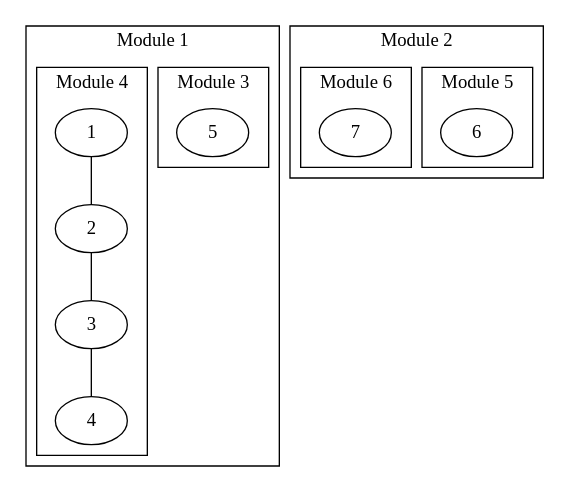
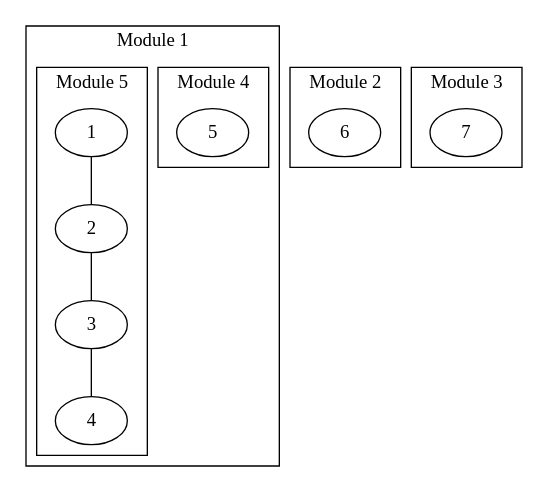
Before and after one commit to MrBoboGet/BachelorThesis: the diagram in Paper/Graph3.dot, drawn with Graphviz. The commit also changed 4 other files, not shown here.

```diff
--- a/Paper/Graph3.dot
+++ b/Paper/Graph3.dot
@@ -1,48 +1,42 @@
 graph G
 {
     1 -- 2;
     2 -- 3;
     3 -- 4;
 
     //5 -- {1 2 3 4};
     //6 -- {1 2 3 4};
 
     subgraph cluster_1
     {
         label="Module 2";
         6;
-        7;
-        subgraph cluster_1a
-        {
-            label="Module 5";
-            6;
-        }
-        subgraph cluster_1b
-        {
-            label="Module 6";
-            7;
-        }
     }
     subgraph cluster_2
+    {
+        label="Module 3";
+        7;
+    }
+    subgraph cluster_3
     {
         label="Module 1";
         1;
         2;
         3;
         4;
         5;
-        subgraph cluster_3
-        {
-            label="Module 3";
-            5;
-        }
         subgraph cluster_4
         {
             label="Module 4";
+            5;
+        }
+        subgraph cluster_5
+        {
+            label="Module 5";
             1;
             2;
             3;
             4;
         }
     }
 }
```
